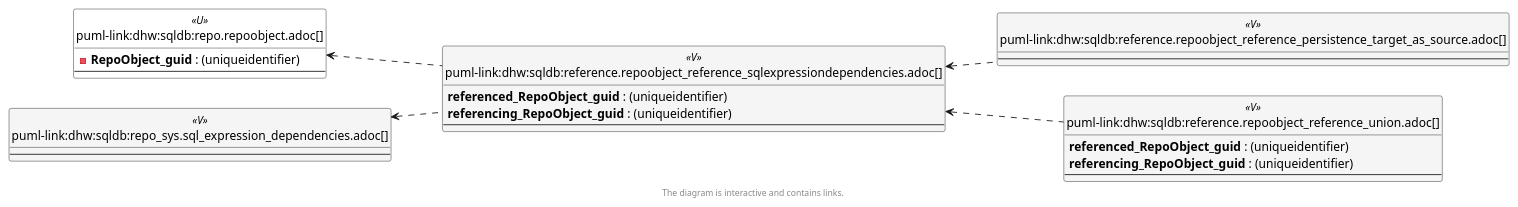
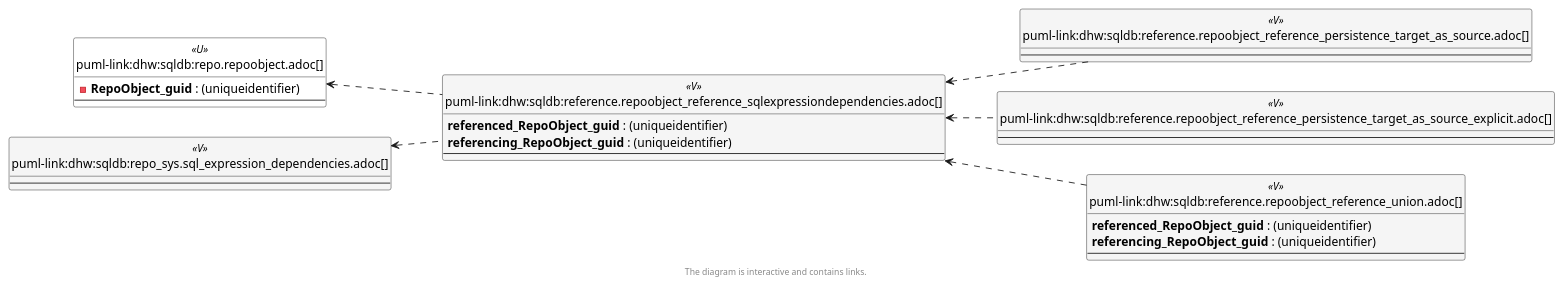
One commit to DataHandwerk/dhw-antora-sqldb changed the third of 6 diagrams in docs/modules/sqldb/partials/content/reference.repoobject_reference_sqlexpressiondependencies.adoc. Above: the diagram before and after it, drawn with PlantUML. The commit also changed other lines of this file and 751 other files, not shown here.

```diff
--- a/docs/modules/sqldb/partials/content/reference.repoobject_reference_sqlexpressiondependencies.adoc
+++ b/docs/modules/sqldb/partials/content/reference.repoobject_reference_sqlexpressiondependencies.adoc
@@ -877,64 +878,69 @@
 [plantuml, entity_1_1_objectref-{docname}, svg, subs=macros]
 ....
 @startuml
 left to right direction
 'top to bottom direction
 hide circle
 'avoide "." issues:
 set namespaceSeparator none
 
 
 skinparam class {
   BackgroundColor White
   BackgroundColor<<FN>> Yellow
   BackgroundColor<<FS>> Yellow
   BackgroundColor<<FT>> LightGray
   BackgroundColor<<IF>> Yellow
   BackgroundColor<<IS>> Yellow
   BackgroundColor<<P>>  Aqua
   BackgroundColor<<PC>> Aqua
   BackgroundColor<<SN>> Yellow
   BackgroundColor<<SO>> SlateBlue
   BackgroundColor<<TF>> LightGray
   BackgroundColor<<TR>> Tomato
   BackgroundColor<<U>>  White
   BackgroundColor<<V>>  WhiteSmoke
   BackgroundColor<<X>>  Aqua
   BackgroundColor<<external>> AliceBlue
 }
 
 
 entity "puml-link:dhw:sqldb:reference.repoobject_reference_persistence_target_as_source.adoc[]" as reference.RepoObject_reference_persistence_target_as_source << V >> {
   --
 }
 
+entity "puml-link:dhw:sqldb:reference.repoobject_reference_persistence_target_as_source_explicit.adoc[]" as reference.RepoObject_reference_persistence_target_as_source_explicit << V >> {
+  --
+}
+
 entity "puml-link:dhw:sqldb:reference.repoobject_reference_sqlexpressiondependencies.adoc[]" as reference.RepoObject_reference_SqlExpressionDependencies << V >> {
   **referenced_RepoObject_guid** : (uniqueidentifier)
   **referencing_RepoObject_guid** : (uniqueidentifier)
   --
 }
 
 entity "puml-link:dhw:sqldb:reference.repoobject_reference_union.adoc[]" as reference.RepoObject_reference_union << V >> {
   **referenced_RepoObject_guid** : (uniqueidentifier)
   **referencing_RepoObject_guid** : (uniqueidentifier)
   --
 }
 
 entity "puml-link:dhw:sqldb:repo.repoobject.adoc[]" as repo.RepoObject << U >> {
   - **RepoObject_guid** : (uniqueidentifier)
   --
 }
 
 entity "puml-link:dhw:sqldb:repo_sys.sql_expression_dependencies.adoc[]" as repo_sys.sql_expression_dependencies << V >> {
   --
 }
 
 reference.RepoObject_reference_SqlExpressionDependencies <.. reference.RepoObject_reference_union
 reference.RepoObject_reference_SqlExpressionDependencies <.. reference.RepoObject_reference_persistence_target_as_source
+reference.RepoObject_reference_SqlExpressionDependencies <.. reference.RepoObject_reference_persistence_target_as_source_explicit
 repo.RepoObject <.. reference.RepoObject_reference_SqlExpressionDependencies
 repo_sys.sql_expression_dependencies <.. reference.RepoObject_reference_SqlExpressionDependencies
 
 footer The diagram is interactive and contains links.
 
 @enduml
 ....
```
